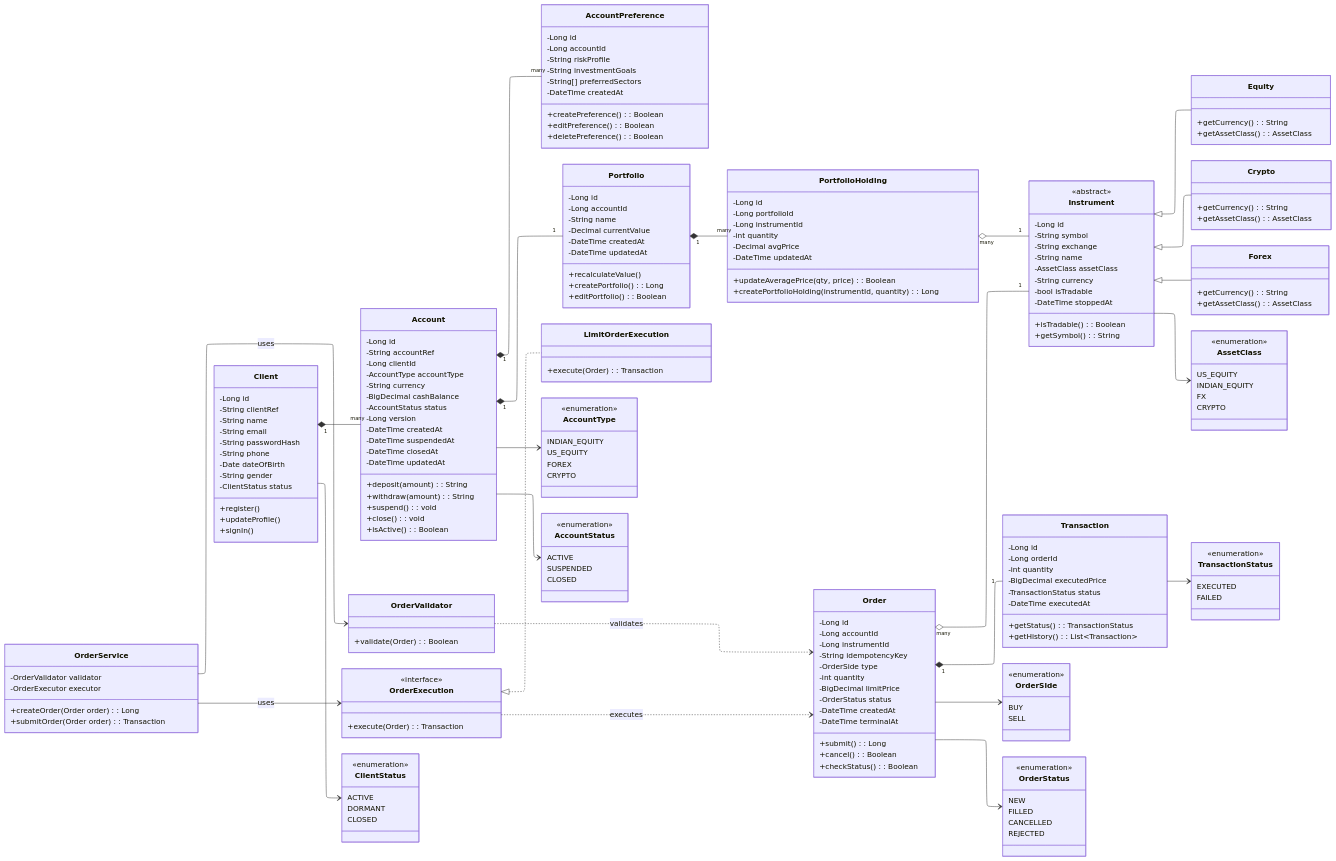
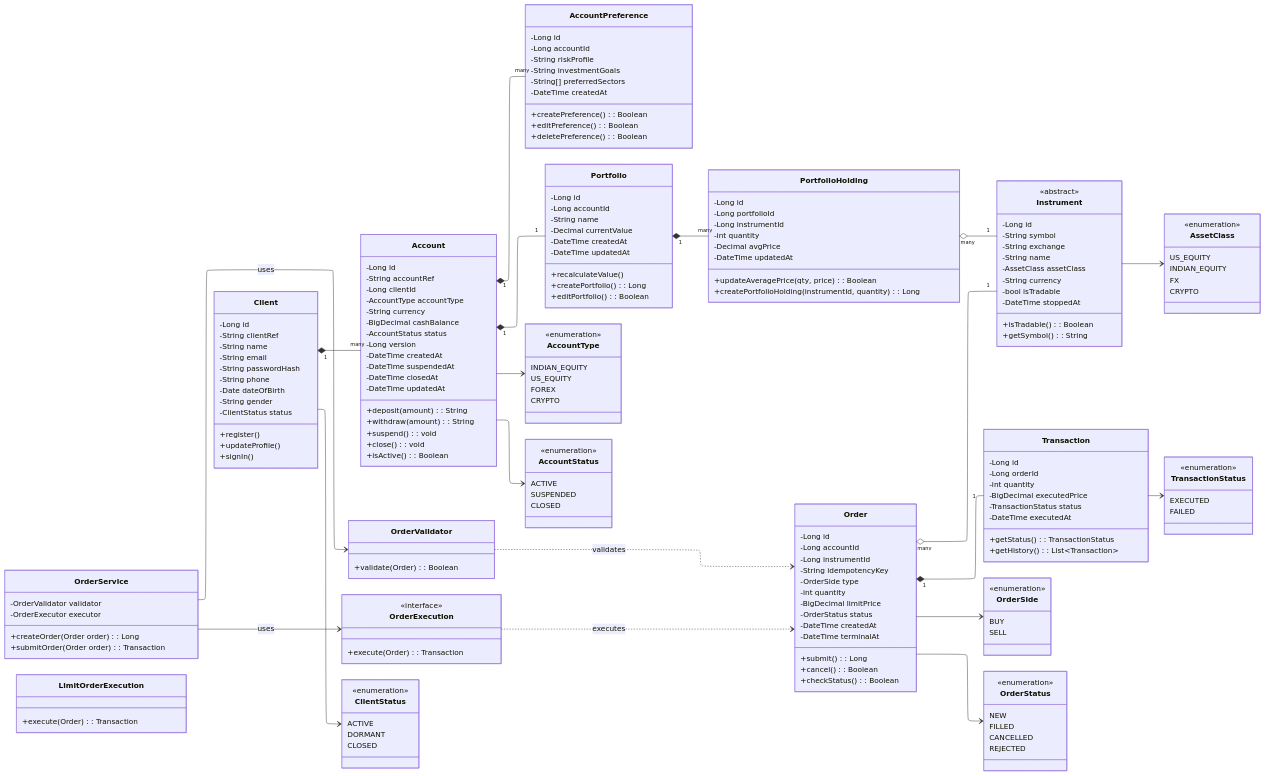
The diagram in backend/design/class_diagram.mmd (IM-RAHUL-RAJ/k8s-solution), drawn with Mermaid before and after one commit.

Commit message:
Updated class diagram to remove abstract classes

```diff
--- a/backend/design/class_diagram.mmd
+++ b/backend/design/class_diagram.mmd
@@ -89,21 +89,6 @@
         -DateTime stoppedAt
         +isTradable() : Boolean
         +getSymbol() : String
-    }
-
-    class Equity {
-        +getCurrency() : String
-        +getAssetClass() : AssetClass
-    }
-
-    class Crypto {
-        +getCurrency() : String
-        +getAssetClass() : AssetClass
-    }
-
-    class Forex {
-        +getCurrency() : String
-        +getAssetClass() : AssetClass
     }
 
    class OrderService {
@@ -215,12 +200,6 @@
     %% Relationships
     %% =========================
 
-    Instrument <|-- Equity
-    Instrument <|-- Crypto
-    Instrument <|-- Forex
-
-    OrderExecution <|.. LimitOrderExecution
-
     OrderExecution ..> Order : executes
     OrderValidator ..> Order : validates
 
```
